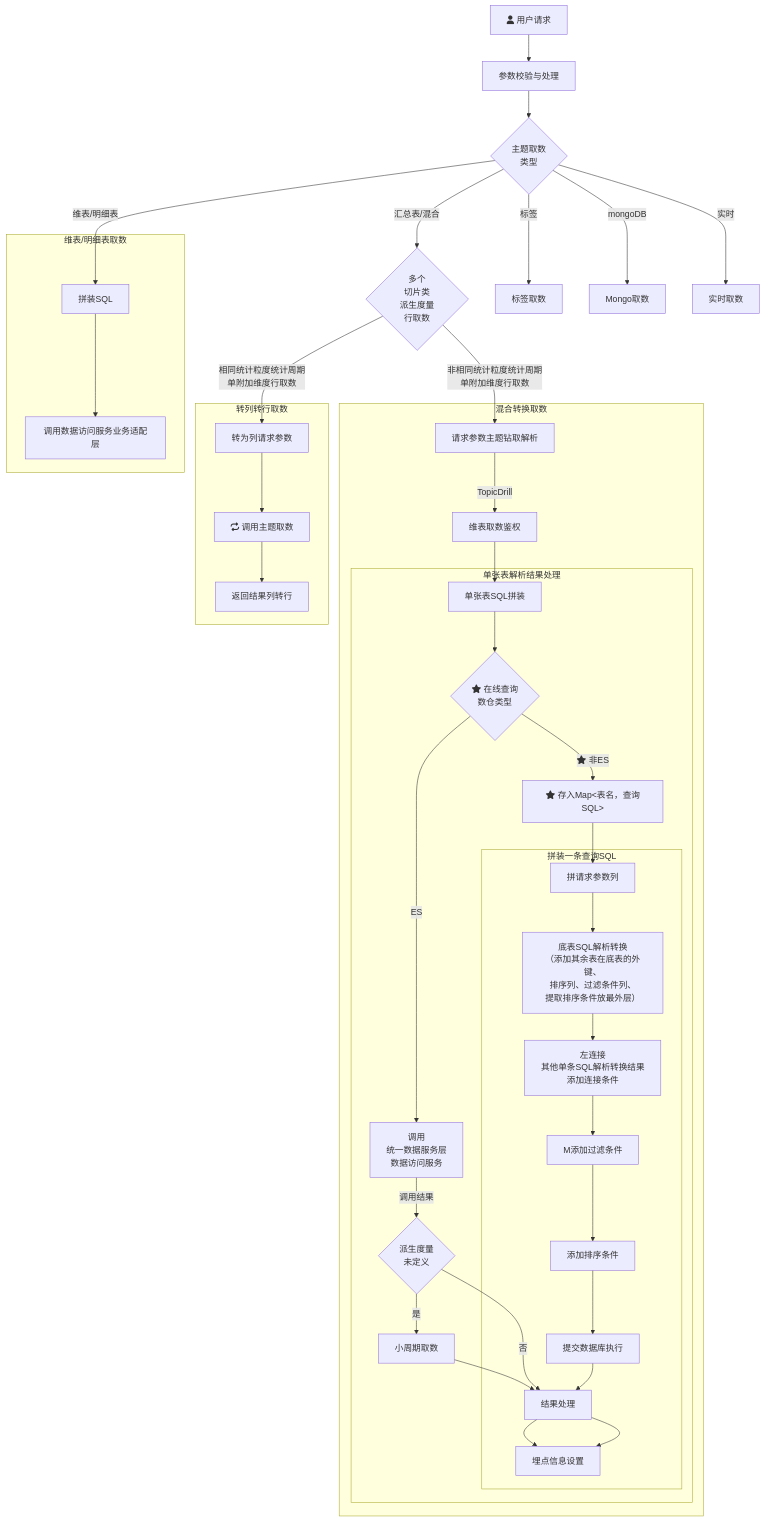
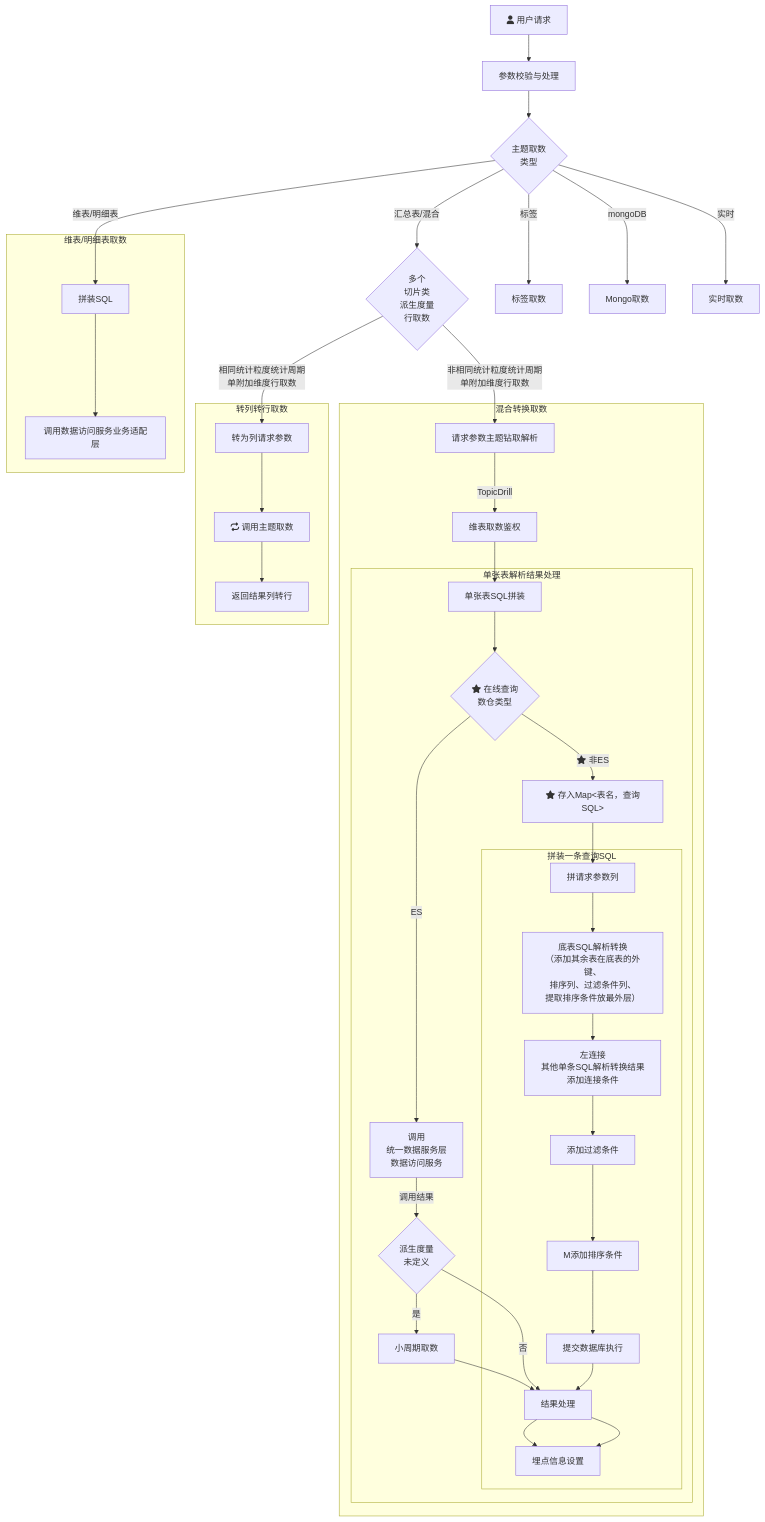
The diagram in all/未命名.md (yanglosm/iodraw-files), drawn with Mermaid before and after one commit.

Commit message:
2024-11-29 19:44:13 update

````diff
--- a/all/未命名.md
+++ b/all/未命名.md
@@ -1,30 +1,30 @@
 ```mermaid
 flowchart TD
     A[fa:fa-user 用户请求] -->A1[参数校验与处理] --> B{主题取数\n类型}
     B -->|维表/明细表| D[拼装SQL]
     B -->|汇总表/混合| E{多个\n切片类\n派生度量\n行取数}
     B -->|标签| F[标签取数]
     B -->|mongoDB| G[Mongo取数]
     B -->|实时| H[实时取数]
     E -->|相同统计粒度统计周期\n单附加维度行取数| E1[转为列请求参数]
     E -->|非相同统计粒度统计周期\n单附加维度行取数| T1[请求参数主题钻取解析]
     subgraph 维表/明细表取数
     D-->D1[调用数据访问服务业务适配层]
     end
     subgraph 转列转行取数
     E1-->E11[fa:fa-repeat 调用主题取数]-->E12[返回结果列转行]
     end
     subgraph 混合转换取数
     T1-->|TopicDrill| T2[维表取数鉴权] --> T31[单张表SQL拼装]
         subgraph 单张表解析结果处理
         T31 --> T4{fa:fa-star 在线查询\n数仓类型}-->|ES|T32[调用\n统一数据服务层\n数据访问服务] --> |调用结果|T33{派生度量\n未定义}
         T33 --> |是|T33_1[小周期取数]-->T34[结果处理]-->T35[埋点信息设置]
         T33 --> |否|T34
         T4 --> |fa:fa-star 非ES|T41["fa:fa-star 存入Map<表名，查询SQL>"]
         T41 --> T42[拼请求参数列]
             subgraph 拼装一条查询SQL
-            T42 --> M1["底表SQL解析转换\n（添加其余表在底表的外键、\n排序列、过滤条件列、\n提取排序条件放最外层）"] --> M2[左连接\n其他单条SQL解析转换结果\n添加连接条件] --> M添加过滤条件 --> 添加排序条件 --> 提交数据库执行 --> T34 --> T35
+            T42 --> M1["底表SQL解析转换\n（添加其余表在底表的外键、\n排序列、过滤条件列、\n提取排序条件放最外层）"] --> M2[左连接\n其他单条SQL解析转换结果\n添加连接条件] --> M3[添加过滤条件] --> M添加排序条件 --> 提交数据库执行 --> T34 --> T35
             end
         end
     end
 ```
````
